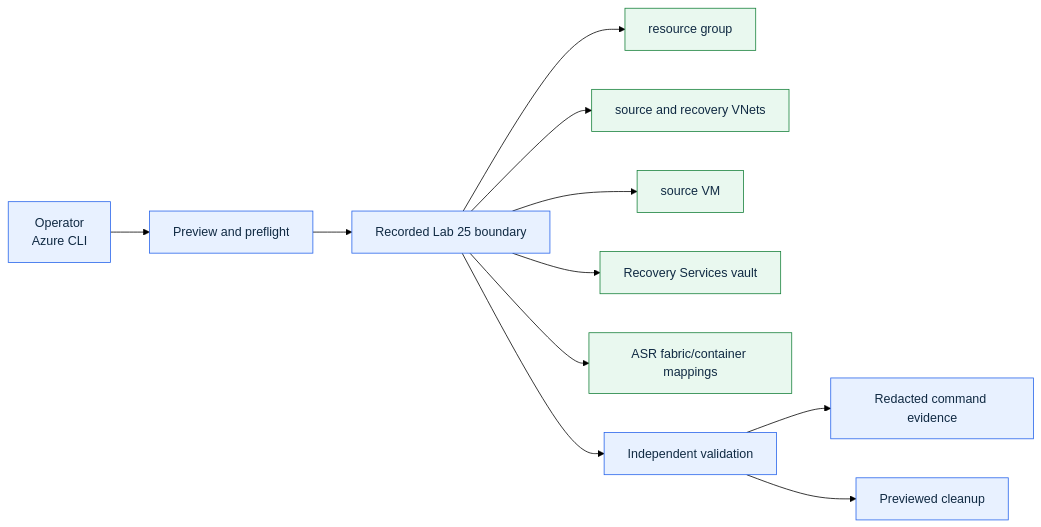
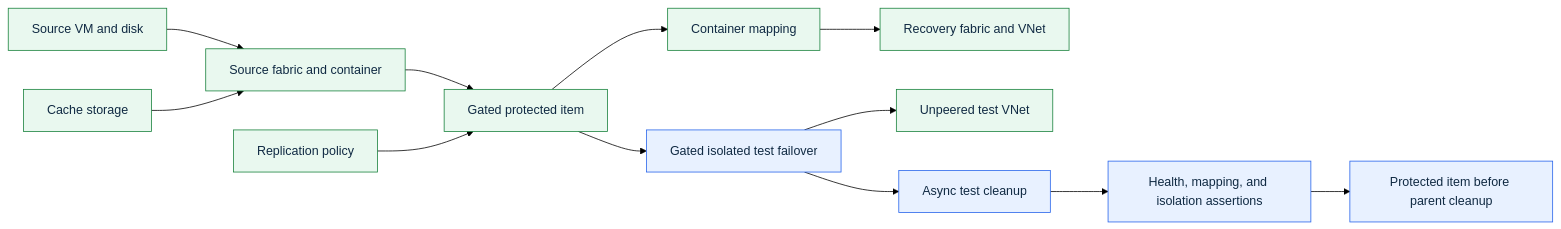
One commit to amineMehdi/az104-azure-administrator-labs changed the diagram in labs/25-site-recovery-failover/diagrams/architecture.mmd. Above: the diagram before and after it, drawn with Mermaid (forest theme). The commit also changed 497 other files, not shown here.

```diff
--- a/labs/25-site-recovery-failover/diagrams/architecture.mmd
+++ b/labs/25-site-recovery-failover/diagrams/architecture.mmd
@@ -1,15 +1,16 @@
 flowchart LR
-    A["Operator<br/>Azure CLI"] --> P["Preview and preflight"]
-    P --> S["Recorded Lab 25 boundary"]
-    S --> R1["resource group"]
-    S --> R2["source and recovery VNets"]
-    S --> R3["source VM"]
-    S --> R4["Recovery Services vault"]
-    S --> R5["ASR fabric/container mappings"]
-    S --> V["Independent validation"]
-    V --> E["Redacted command evidence"]
-    V --> C["Previewed cleanup"]
+    VM["Source VM and disk"] --> SF["Source fabric and container"]
+    CA["Cache storage"] --> SF
+    SF --> PI["Gated protected item"]
+    PO["Replication policy"] --> PI
+    PI --> MAP["Container mapping"]
+    MAP --> RF["Recovery fabric and VNet"]
+    PI --> TF["Gated isolated test failover"]
+    TF --> TV["Unpeered test VNet"]
+    TF --> TC["Async test cleanup"]
+    TC --> V["Health, mapping, and isolation assertions"]
+    V --> C["Protected item before parent cleanup"]
     classDef control fill:#e8f1ff,stroke:#2563eb,color:#102a43;
     classDef resource fill:#e9f8ef,stroke:#16803a,color:#102a43;
-    class A,P,S,V,E,C control;
-    class R1,R2,R3,R4,R5 resource;
+    class TF,TC,V,C control;
+    class VM,SF,CA,PI,PO,MAP,RF,TV resource;
```
